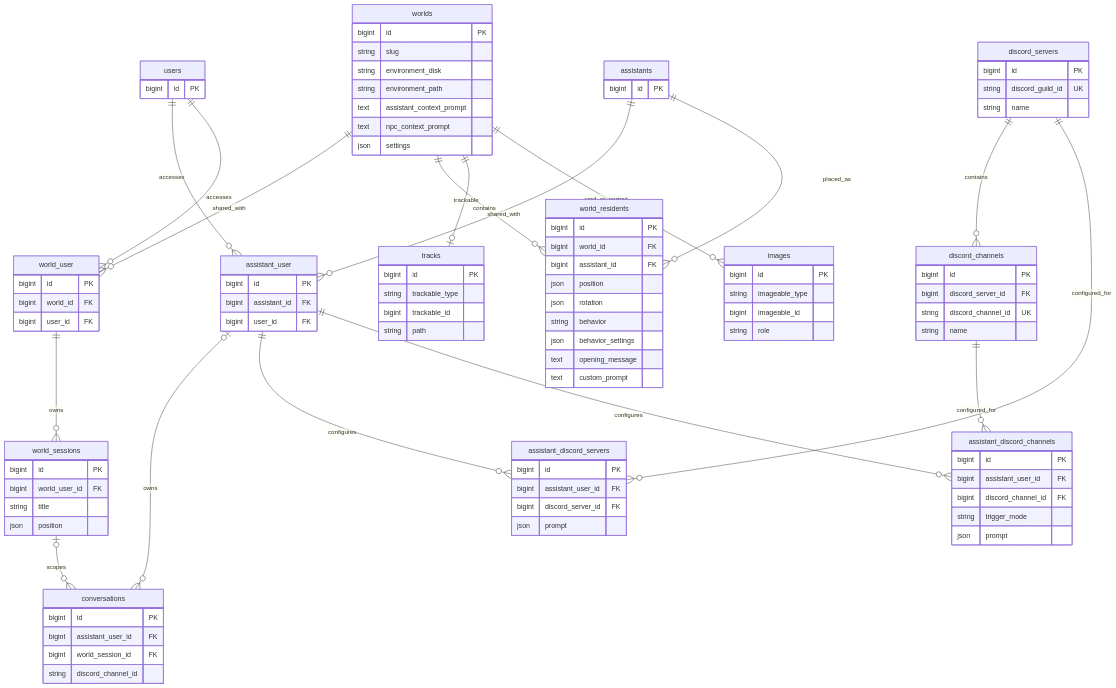
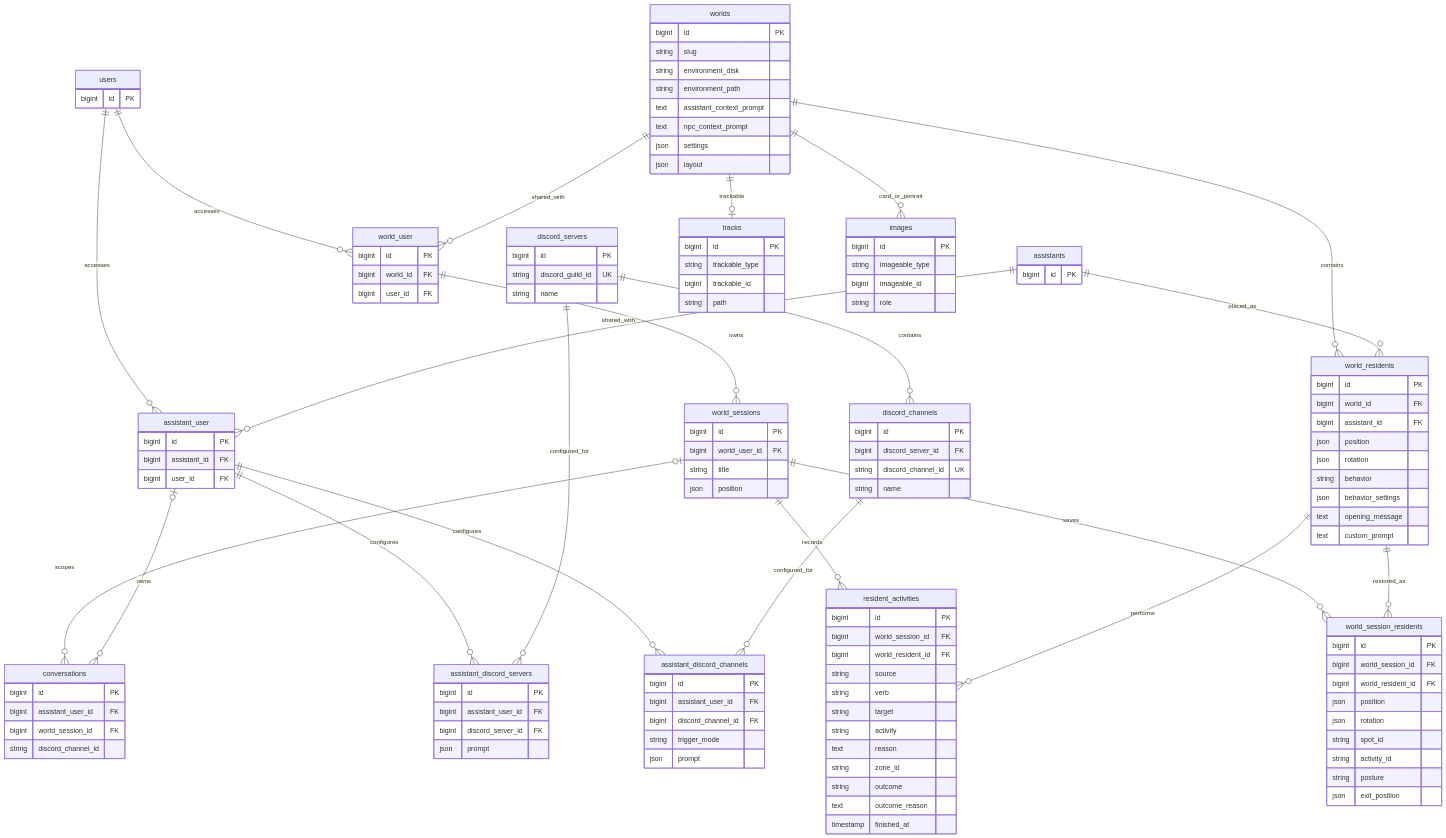
Before and after one commit to gaboeremita/laravel-vera: the fourth of 5 diagrams in docs/architecture/03-data-model.md, drawn with Mermaid. The commit also changed other lines of this file and 37 other files, not shown here.

```diff
--- a/docs/architecture/03-data-model.md
+++ b/docs/architecture/03-data-model.md
@@ -266,6 +271,7 @@
         text assistant_context_prompt
         text npc_context_prompt
         json settings
+        json layout
     }
     world_user {
         bigint id PK
@@ -288,6 +294,31 @@
         json behavior_settings
         text opening_message
         text custom_prompt
+    }
+    resident_activities {
+        bigint id PK
+        bigint world_session_id FK
+        bigint world_resident_id FK
+        string source
+        string verb
+        string target
+        string activity
+        text reason
+        string zone_id
+        string outcome
+        text outcome_reason
+        timestamp finished_at
+    }
+    world_session_residents {
+        bigint id PK
+        bigint world_session_id FK
+        bigint world_resident_id FK
+        json position
+        json rotation
+        string spot_id
+        string activity_id
+        string posture
+        json exit_position
     }
     conversations {
         bigint id PK
@@ -341,6 +372,10 @@
     assistant_user o|--o{ conversations : owns
     worlds ||--o{ world_residents : contains
     assistants ||--o{ world_residents : placed_as
+    world_sessions ||--o{ resident_activities : records
+    world_residents ||--o{ resident_activities : performs
+    world_sessions ||--o{ world_session_residents : saves
+    world_residents ||--o{ world_session_residents : restored_as
     discord_servers ||--o{ discord_channels : contains
     assistant_user ||--o{ assistant_discord_servers : configures
     discord_servers ||--o{ assistant_discord_servers : configured_for
```
